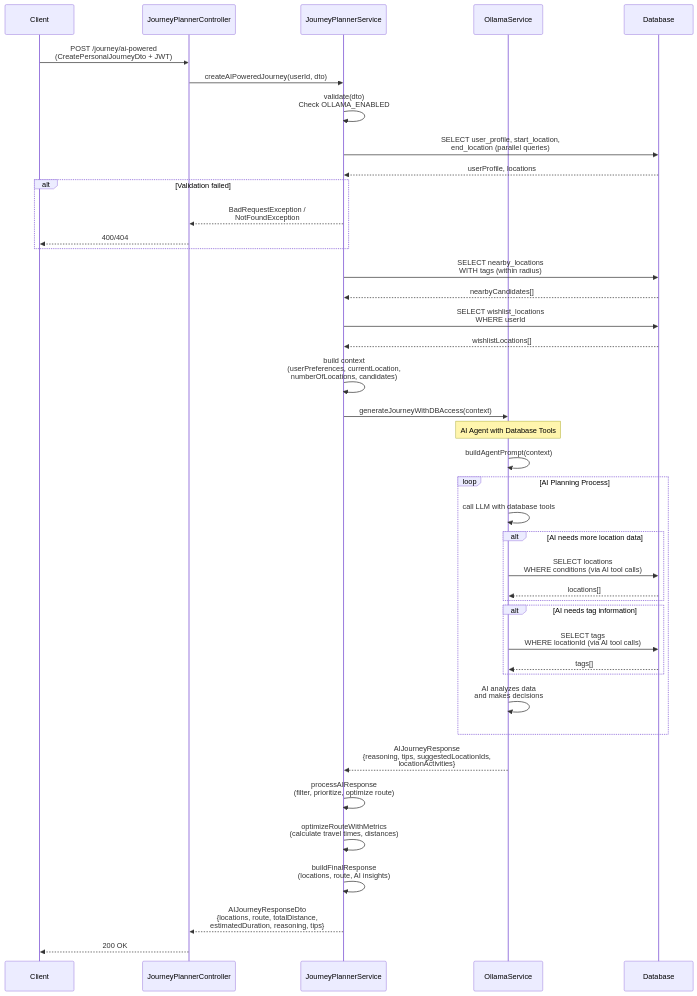
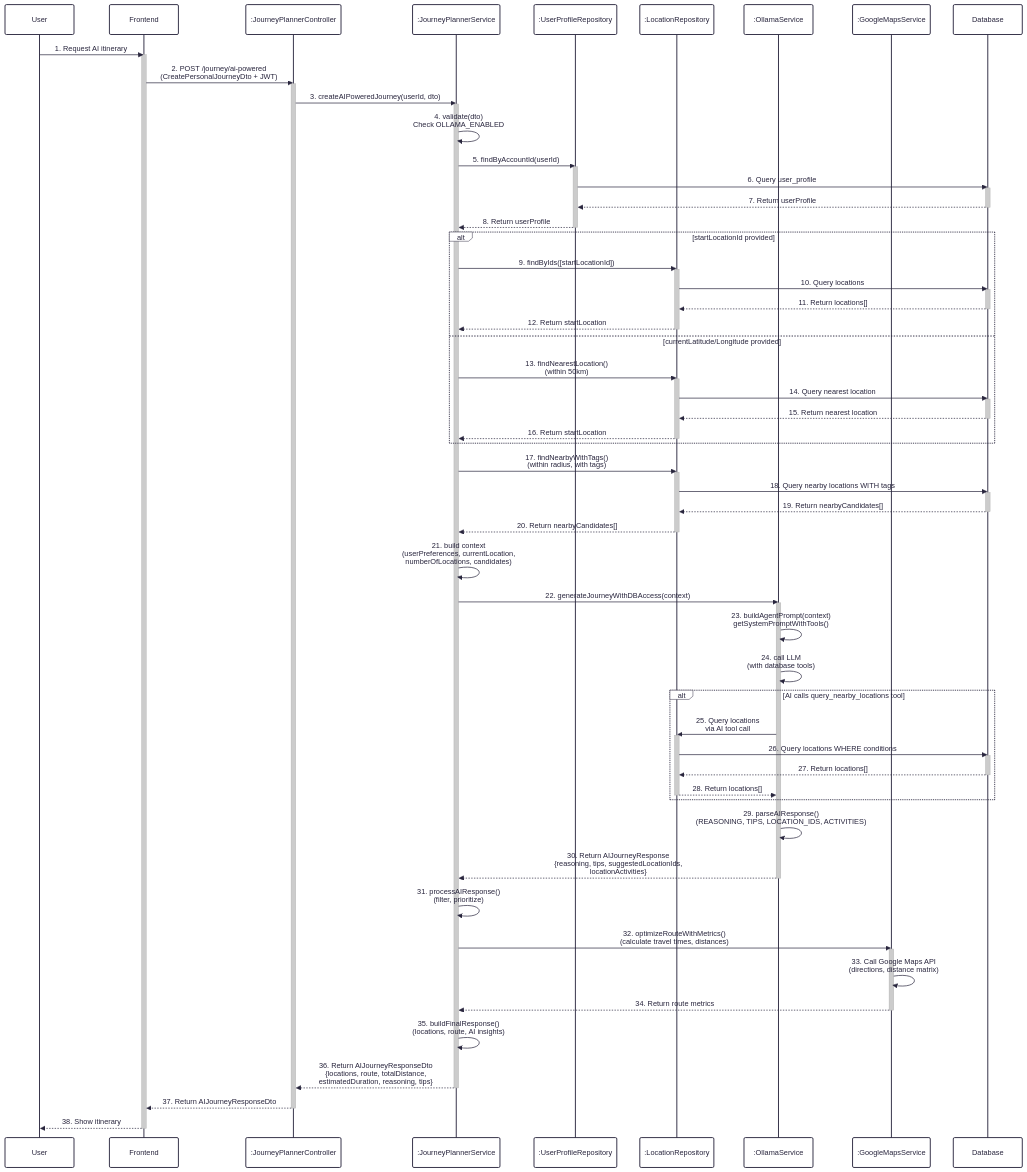
The seventh of 7 diagrams in docs/diagrams/sequence-diagrams.md (UrbanLens-2025/urban-lens_server), drawn with Mermaid before and after one commit. The commit also changed other lines of this file and 19 other files, not shown here.

Commit message:
sequence diagram

````diff
--- a/docs/diagrams/sequence-diagrams.md
+++ b/docs/diagrams/sequence-diagrams.md
@@ -319,61 +654,107 @@
 ```mermaid
+---
+config:
+  theme: redux
+  look: classic
+---
 sequenceDiagram
-    participant Client
-    participant JourneyController as JourneyPlannerController
-    participant JourneyService as JourneyPlannerService
-    participant OllamaService
+    participant User
+    participant Frontend
+    participant JourneyController as :JourneyPlannerController
+    participant JourneyService as :JourneyPlannerService
+    participant UserProfileRepo as :UserProfileRepository
+    participant LocationRepo as :LocationRepository
+    participant OllamaService as :OllamaService
+    participant GoogleMapsService as :GoogleMapsService
     participant Database
 
-    Client->>JourneyController: POST /journey/ai-powered<br/>(CreatePersonalJourneyDto + JWT)
-    JourneyController->>JourneyService: createAIPoweredJourney(userId, dto)
+    User->>Frontend: 1. Request AI itinerary
+    activate Frontend
+    Frontend->>JourneyController: 2. POST /journey/ai-powered<br/>(CreatePersonalJourneyDto + JWT)
+    activate JourneyController
+    JourneyController->>JourneyService: 3. createAIPoweredJourney(userId, dto)
+    activate JourneyService
 
-    JourneyService->>JourneyService: validate(dto)<br/>Check OLLAMA_ENABLED
-    JourneyService->>Database: SELECT user_profile, start_location,<br/>end_location (parallel queries)
-    Database-->>JourneyService: userProfile, locations
+    JourneyService->>JourneyService: 4. validate(dto)<br/>Check OLLAMA_ENABLED
 
-    alt Validation failed
-        JourneyService-->>JourneyController: BadRequestException /<br/>NotFoundException
-        JourneyController-->>Client: 400/404
+    JourneyService->>UserProfileRepo: 5. findByAccountId(userId)
+    activate UserProfileRepo
+    UserProfileRepo->>Database: 6. Query user_profile
+    activate Database
+    Database-->>UserProfileRepo: 7. Return userProfile
+    deactivate Database
+    UserProfileRepo-->>JourneyService: 8. Return userProfile
+    deactivate UserProfileRepo
+
+    alt startLocationId provided
+        JourneyService->>LocationRepo: 9. findByIds([startLocationId])
+        activate LocationRepo
+        LocationRepo->>Database: 10. Query locations
+        activate Database
+        Database-->>LocationRepo: 11. Return locations[]
+        deactivate Database
+        LocationRepo-->>JourneyService: 12. Return startLocation
+        deactivate LocationRepo
+    else currentLatitude/Longitude provided
+        JourneyService->>LocationRepo: 13. findNearestLocation()<br/>(within 50km)
+        activate LocationRepo
+        LocationRepo->>Database: 14. Query nearest location
+        activate Database
+        Database-->>LocationRepo: 15. Return nearest location
+        deactivate Database
+        LocationRepo-->>JourneyService: 16. Return startLocation
+        deactivate LocationRepo
     end
 
-    JourneyService->>Database: SELECT nearby_locations<br/>WITH tags (within radius)
-    Database-->>JourneyService: nearbyCandidates[]
+    JourneyService->>LocationRepo: 17. findNearbyWithTags()<br/>(within radius, with tags)
+    activate LocationRepo
+    LocationRepo->>Database: 18. Query nearby locations WITH tags
+    activate Database
+    Database-->>LocationRepo: 19. Return nearbyCandidates[]
+    deactivate Database
+    LocationRepo-->>JourneyService: 20. Return nearbyCandidates[]
+    deactivate LocationRepo
 
-    JourneyService->>Database: SELECT wishlist_locations<br/>WHERE userId
-    Database-->>JourneyService: wishlistLocations[]
+    JourneyService->>JourneyService: 21. build context<br/>(userPreferences, currentLocation,<br/>numberOfLocations, candidates)
 
-    JourneyService->>JourneyService: build context<br/>(userPreferences, currentLocation,<br/>numberOfLocations, candidates)
+    JourneyService->>OllamaService: 22. generateJourneyWithDBAccess(context)
+    activate OllamaService
 
-    JourneyService->>OllamaService: generateJourneyWithDBAccess(context)
 
-    Note over OllamaService: AI Agent with Database Tools
+    OllamaService->>OllamaService: 23. buildAgentPrompt(context)<br/>getSystemPromptWithTools()
 
-    OllamaService->>OllamaService: buildAgentPrompt(context)
+    OllamaService->>OllamaService: 24. call LLM<br/>(with database tools)
 
-    loop AI Planning Process
-        OllamaService->>OllamaService: call LLM with database tools
-
-        alt AI needs more location data
-            OllamaService->>Database: SELECT locations<br/>WHERE conditions (via AI tool calls)
-            Database-->>OllamaService: locations[]
-        end
-
-        alt AI needs tag information
-            OllamaService->>Database: SELECT tags<br/>WHERE locationId (via AI tool calls)
-            Database-->>OllamaService: tags[]
-        end
-
-        OllamaService->>OllamaService: AI analyzes data<br/>and makes decisions
+    alt AI calls query_nearby_locations tool
+        OllamaService->>LocationRepo: 25. Query locations<br/>via AI tool call
+        activate LocationRepo
+        LocationRepo->>Database: 26. Query locations WHERE conditions
+        activate Database
+        Database-->>LocationRepo: 27. Return locations[]
+        deactivate Database
+        LocationRepo-->>OllamaService: 28. Return locations[]
+        deactivate LocationRepo
     end
 
-    OllamaService-->>JourneyService: AIJourneyResponse<br/>{reasoning, tips, suggestedLocationIds,<br/>locationActivities}
+    OllamaService->>OllamaService: 29. parseAIResponse()<br/>(REASONING, TIPS, LOCATION_IDS, ACTIVITIES)
 
-    JourneyService->>JourneyService: processAIResponse<br/>(filter, prioritize, optimize route)
+    OllamaService-->>JourneyService: 30. Return AIJourneyResponse<br/>{reasoning, tips, suggestedLocationIds,<br/>locationActivities}
+    deactivate OllamaService
 
-    JourneyService->>JourneyService: optimizeRouteWithMetrics<br/>(calculate travel times, distances)
+    JourneyService->>JourneyService: 31. processAIResponse()<br/>(filter, prioritize)
 
-    JourneyService->>JourneyService: buildFinalResponse<br/>(locations, route, AI insights)
+    JourneyService->>GoogleMapsService: 32. optimizeRouteWithMetrics()<br/>(calculate travel times, distances)
+    activate GoogleMapsService
+    GoogleMapsService->>GoogleMapsService: 33. Call Google Maps API<br/>(directions, distance matrix)
+    GoogleMapsService-->>JourneyService: 34. Return route metrics
+    deactivate GoogleMapsService
 
-    JourneyService-->>JourneyController: AIJourneyResponseDto<br/>{locations, route, totalDistance,<br/>estimatedDuration, reasoning, tips}
-    JourneyController-->>Client: 200 OK
+    JourneyService->>JourneyService: 35. buildFinalResponse()<br/>(locations, route, AI insights)
+
+    JourneyService-->>JourneyController: 36. Return AIJourneyResponseDto<br/>{locations, route, totalDistance,<br/>estimatedDuration, reasoning, tips}
+    deactivate JourneyService
+    JourneyController-->>Frontend: 37. Return AIJourneyResponseDto
+    deactivate JourneyController
+    Frontend-->>User: 38. Show itinerary
+    deactivate Frontend
 ```
````
